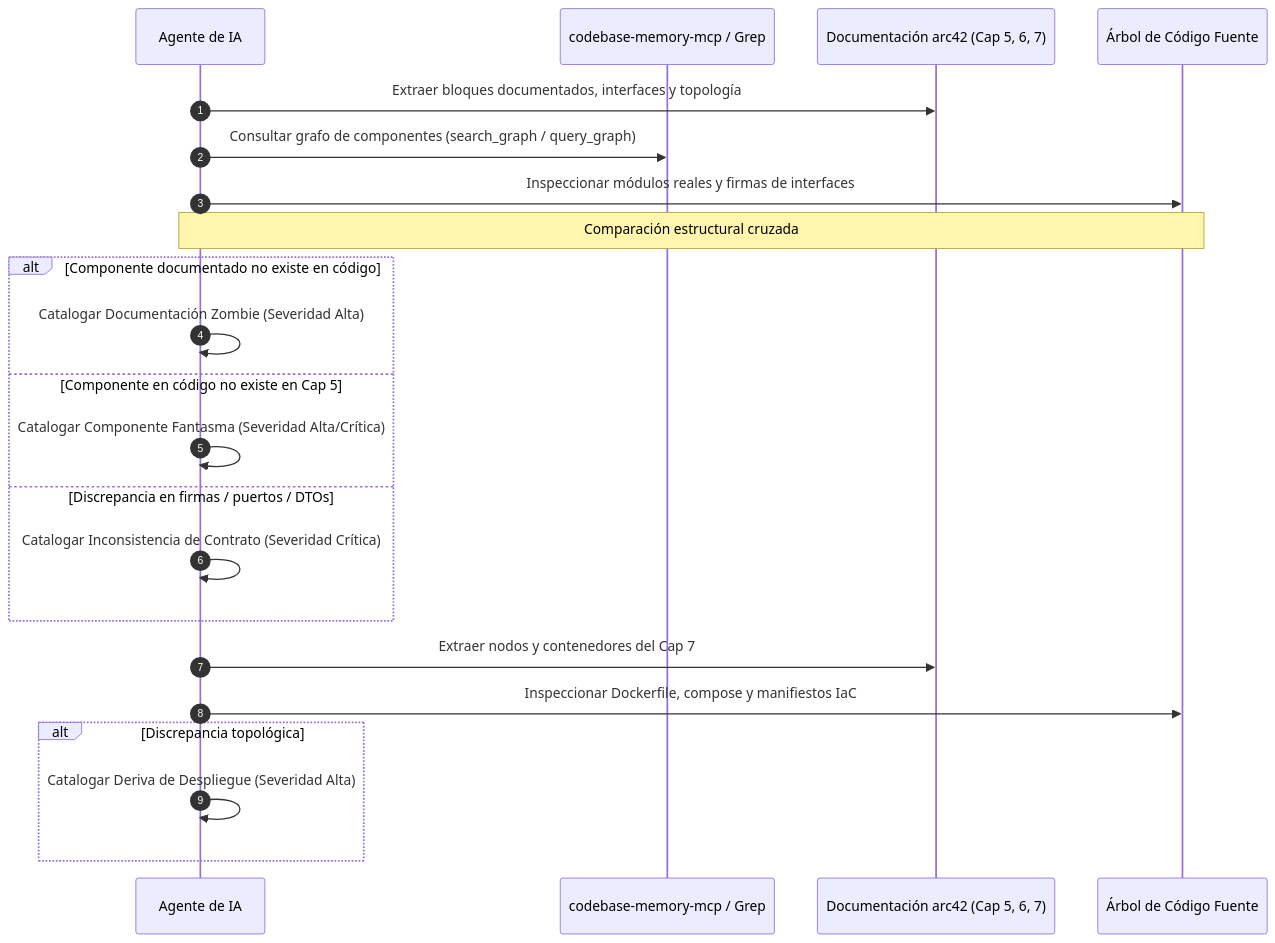
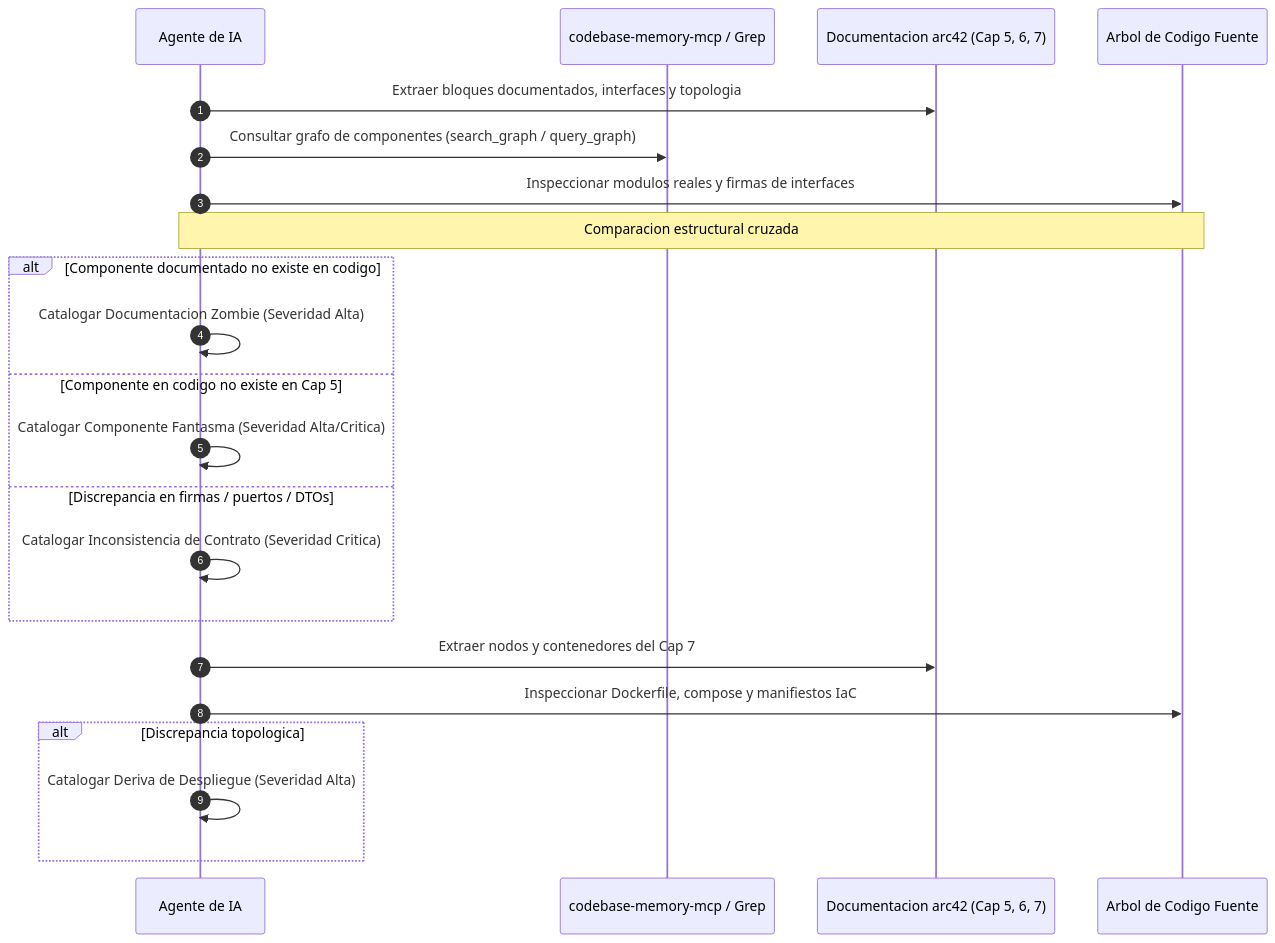
One commit to EdwinDragusin/agent-core-skills changed the second of 3 diagrams in skills/docs-governance-mastery/references/audit-checklist.md. Above: the diagram before and after it, drawn with Mermaid. The commit also changed other lines of this file and 89 other files, not shown here.

````diff
--- a/skills/docs-governance-mastery/references/audit-checklist.md
+++ b/skills/docs-governance-mastery/references/audit-checklist.md
@@ -189,27 +189,27 @@
 ```mermaid
 sequenceDiagram
     autonumber
     participant A as Agente de IA
     participant M as codebase-memory-mcp / Grep
-    participant D as Documentación arc42 (Cap 5, 6, 7)
-    participant C as Árbol de Código Fuente
+    participant D as Documentacion arc42 (Cap 5, 6, 7)
+    participant C as Arbol de Codigo Fuente
 
-    A->>D: Extraer bloques documentados, interfaces y topología
+    A->>D: Extraer bloques documentados, interfaces y topologia
     A->>M: Consultar grafo de componentes (search_graph / query_graph)
-    A->>C: Inspeccionar módulos reales y firmas de interfaces
-    Note over A,C: Comparación estructural cruzada
+    A->>C: Inspeccionar modulos reales y firmas de interfaces
+    Note over A,C: Comparacion estructural cruzada
 
-    alt Componente documentado no existe en código
-        A->>A: Catalogar Documentación Zombie (Severidad Alta)
-    else Componente en código no existe en Cap 5
-        A->>A: Catalogar Componente Fantasma (Severidad Alta/Crítica)
+    alt Componente documentado no existe en codigo
+        A->>A: Catalogar Documentacion Zombie (Severidad Alta)
+    else Componente en codigo no existe en Cap 5
+        A->>A: Catalogar Componente Fantasma (Severidad Alta/Critica)
     else Discrepancia en firmas / puertos / DTOs
-        A->>A: Catalogar Inconsistencia de Contrato (Severidad Crítica)
+        A->>A: Catalogar Inconsistencia de Contrato (Severidad Critica)
     end
 
     A->>D: Extraer nodos y contenedores del Cap 7
     A->>C: Inspeccionar Dockerfile, compose y manifiestos IaC
-    alt Discrepancia topológica
+    alt Discrepancia topologica
         A->>A: Catalogar Deriva de Despliegue (Severidad Alta)
     end
 ```
````
